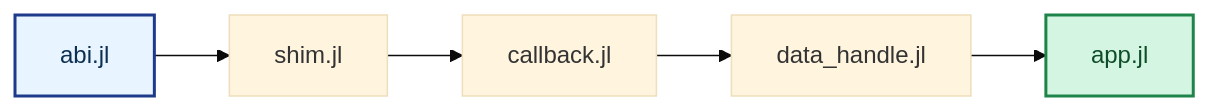
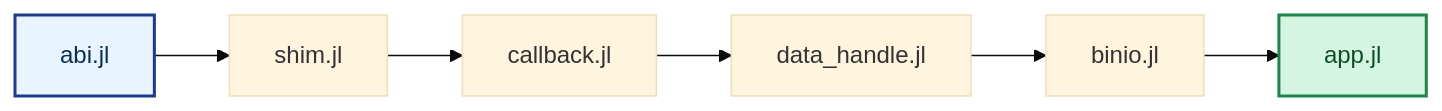
Before and after one commit to PassByYou888/LingoFuse: diagram 26 of 29 in julia/README.md, drawn with Mermaid (base theme). The commit also changed other lines of this file and 41 other files, not shown here.

````diff
--- a/julia/README.md
+++ b/julia/README.md
@@ -1111,10 +1443,11 @@
 ```mermaid
 flowchart LR
-    D["abi.jl"] --> E["shim.jl"]
-    E --> F["callback.jl"]
-    F --> G["data_handle.jl"]
-    G --> H["app.jl"]
+    E["abi.jl"] --> F["shim.jl"]
+    F --> G["callback.jl"]
+    G --> H["data_handle.jl"]
+    H --> I["binio.jl"]
+    I --> J["app.jl"]
 
-    style D fill:#E8F4FF,stroke:#1E3A8A,stroke-width:2px,color:#0D2F52
-    style H fill:#D5F5E3,stroke:#1E8449,stroke-width:2px,color:#0E4D2A
+    style E fill:#E8F4FF,stroke:#1E3A8A,stroke-width:2px,color:#0D2F52
+    style J fill:#D5F5E3,stroke:#1E8449,stroke-width:2px,color:#0E4D2A
 ```
````
